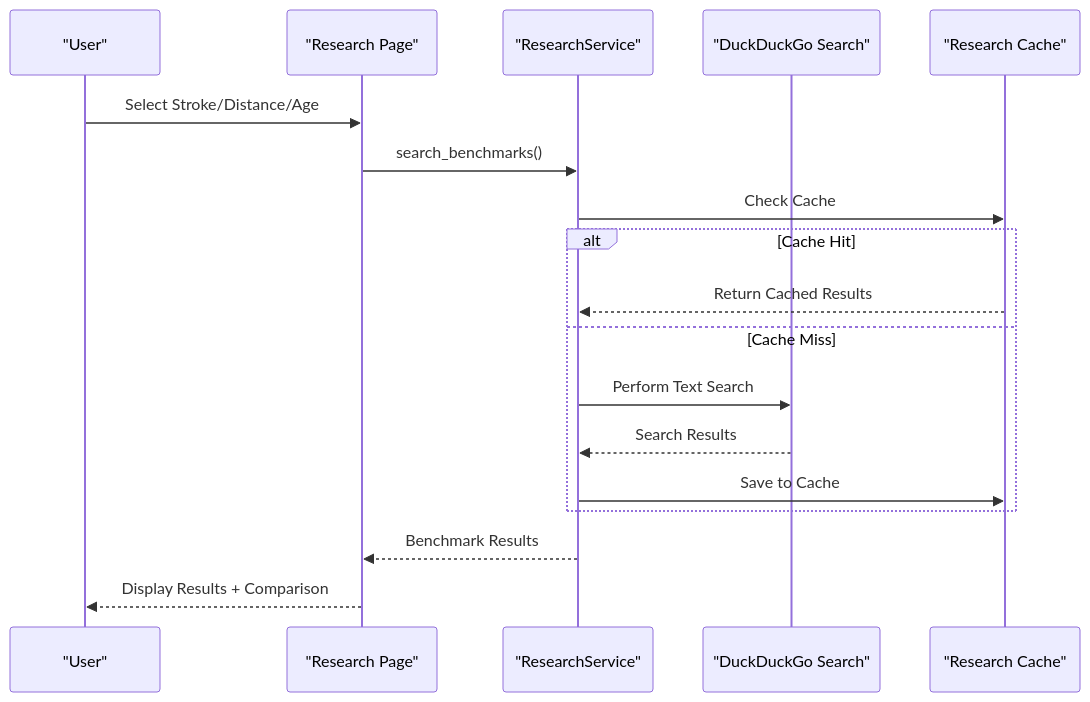
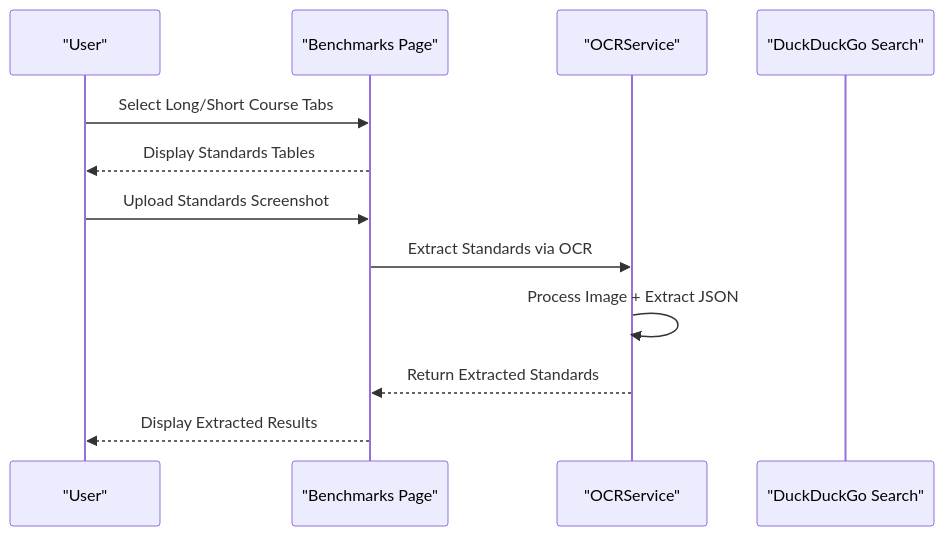
The ninth of 12 diagrams in .qoder/repowiki/en/content/Core Components/Application Controller.md (Johnny22056/SwimingStatus), drawn with Mermaid before and after one commit. The commit also changed other lines of this file and 5 other files, not shown here.

First line of the commit message:
feat: chart/PB UI polish, Gap to NM column, meet course override

````diff
--- a/.qoder/repowiki/en/content/Core Components/Application Controller.md
+++ b/.qoder/repowiki/en/content/Core Components/Application Controller.md
@@ -378,20 +353,14 @@
 ```mermaid
 sequenceDiagram
 participant User as "User"
-participant Research as "Research Page"
-participant RS as "ResearchService"
+participant Benchmarks as "Benchmarks Page"
+participant OCR as "OCRService"
 participant DDG as "DuckDuckGo Search"
-participant Cache as "Research Cache"
-User->>Research : Select Stroke/Distance/Age
-Research->>RS : search_benchmarks()
-RS->>Cache : Check Cache
-alt Cache Hit
-Cache-->>RS : Return Cached Results
-else Cache Miss
-RS->>DDG : Perform Text Search
-DDG-->>RS : Search Results
-RS->>Cache : Save to Cache
-end
-RS-->>Research : Benchmark Results
-Research-->>User : Display Results + Comparison
+User->>Benchmarks : Select Long/Short Course Tabs
+Benchmarks-->>User : Display Standards Tables
+User->>Benchmarks : Upload Standards Screenshot
+Benchmarks->>OCR : Extract Standards via OCR
+OCR->>OCR : Process Image + Extract JSON
+OCR-->>Benchmarks : Return Extracted Standards
+Benchmarks-->>User : Display Extracted Results
 ```
````
